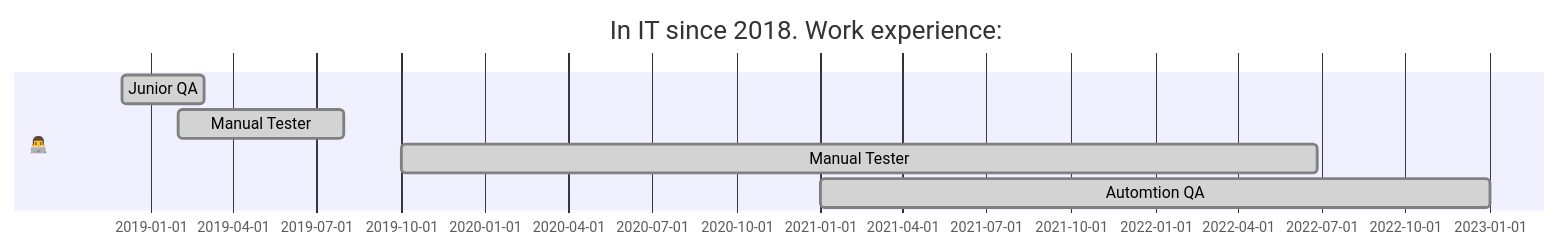
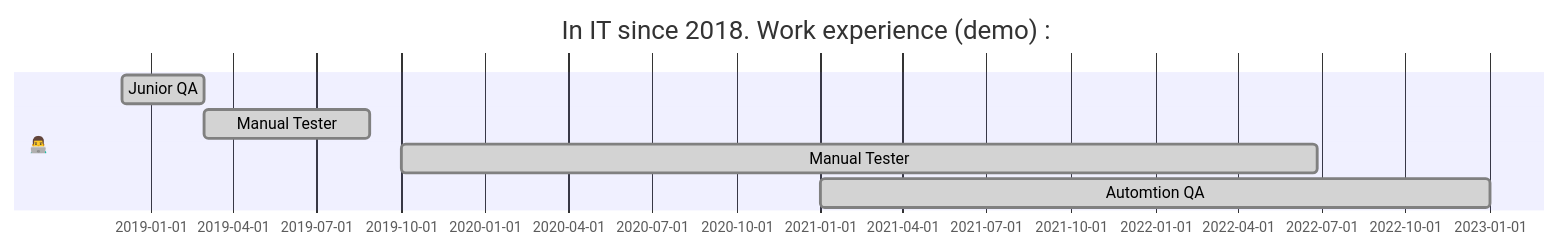
Before and after one commit to olgakos/olgakos: the diagram in README.md, drawn with Mermaid. The commit also changed other lines of this file, not shown here.

````diff
--- a/README.md
+++ b/README.md
@@ -162,10 +162,10 @@
 ```mermaid
   gantt 
-    title In IT since 2018. Work experience:
+    title In IT since 2018. Work experience (demo) :
     dateFormat  YYYY-MM
     section 👨‍💻
     Junior QA         :done, 2018-12, 90d
-    Manual Tester	  :done, 2019-02, 180d
+    Manual Tester	  :done, 2019-03, 180d
     Manual Tester     :done, 2019-10, 1000d
     Automtion QA      :done, 2021-01, 730d
 ```
````
